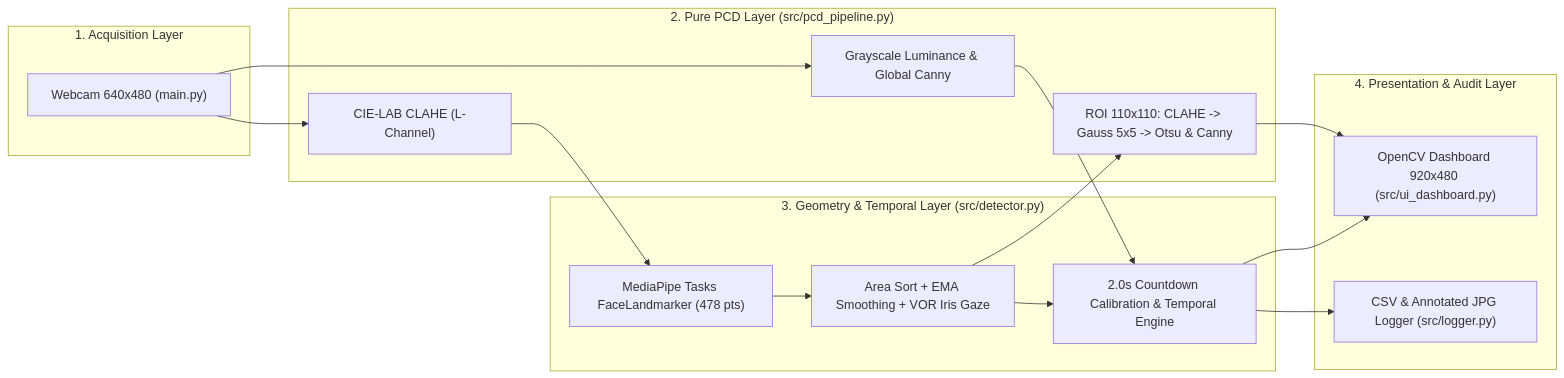
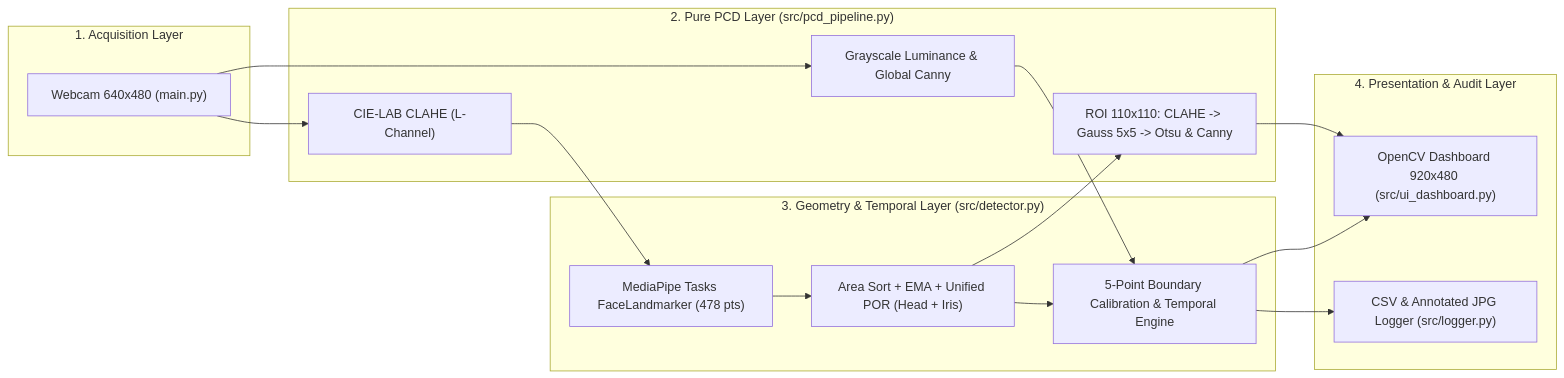
The first of 2 diagrams in ARCHITECTURE.md (khadafimuhammadnawwar/sistem-deteksi-kecurangan-ujian-online), drawn with Mermaid before and after one commit. The commit also changed other lines of this file and 7 other files, not shown here.

Commit message:
feat(calibration): implement 5-point physical laptop boundary calibration and unified POR

````diff
--- a/ARCHITECTURE.md
+++ b/ARCHITECTURE.md
@@ -19,26 +19,26 @@
 ```mermaid
 flowchart LR
     subgraph IO_IN["1. Acquisition Layer"]
         CAM["Webcam 640x480 (main.py)"]
     end
     subgraph PCD["2. Pure PCD Layer (src/pcd_pipeline.py)"]
         LUM["Grayscale Luminance & Global Canny"]
         LAB["CIE-LAB CLAHE (L-Channel)"]
         ROI["ROI 110x110: CLAHE -> Gauss 5x5 -> Otsu & Canny"]
     end
     subgraph CV["3. Geometry & Temporal Layer (src/detector.py)"]
         MP["MediaPipe Tasks FaceLandmarker (478 pts)"]
-        EMA["Area Sort + EMA Smoothing + VOR Iris Gaze"]
-        FSM["2.0s Countdown Calibration & Temporal Engine"]
+        POR["Area Sort + EMA + Unified POR (Head + Iris)"]
+        FSM["5-Point Boundary Calibration & Temporal Engine"]
     end
     subgraph OUT["4. Presentation & Audit Layer"]
         UI["OpenCV Dashboard 920x480 (src/ui_dashboard.py)"]
         LOG["CSV & Annotated JPG Logger (src/logger.py)"]
     end
 
     CAM --> LUM & LAB
-    LAB --> MP --> EMA --> FSM
+    LAB --> MP --> POR --> FSM
     LUM --> FSM
-    EMA --> ROI --> UI
+    POR --> ROI --> UI
     FSM --> UI & LOG
 ```
````
